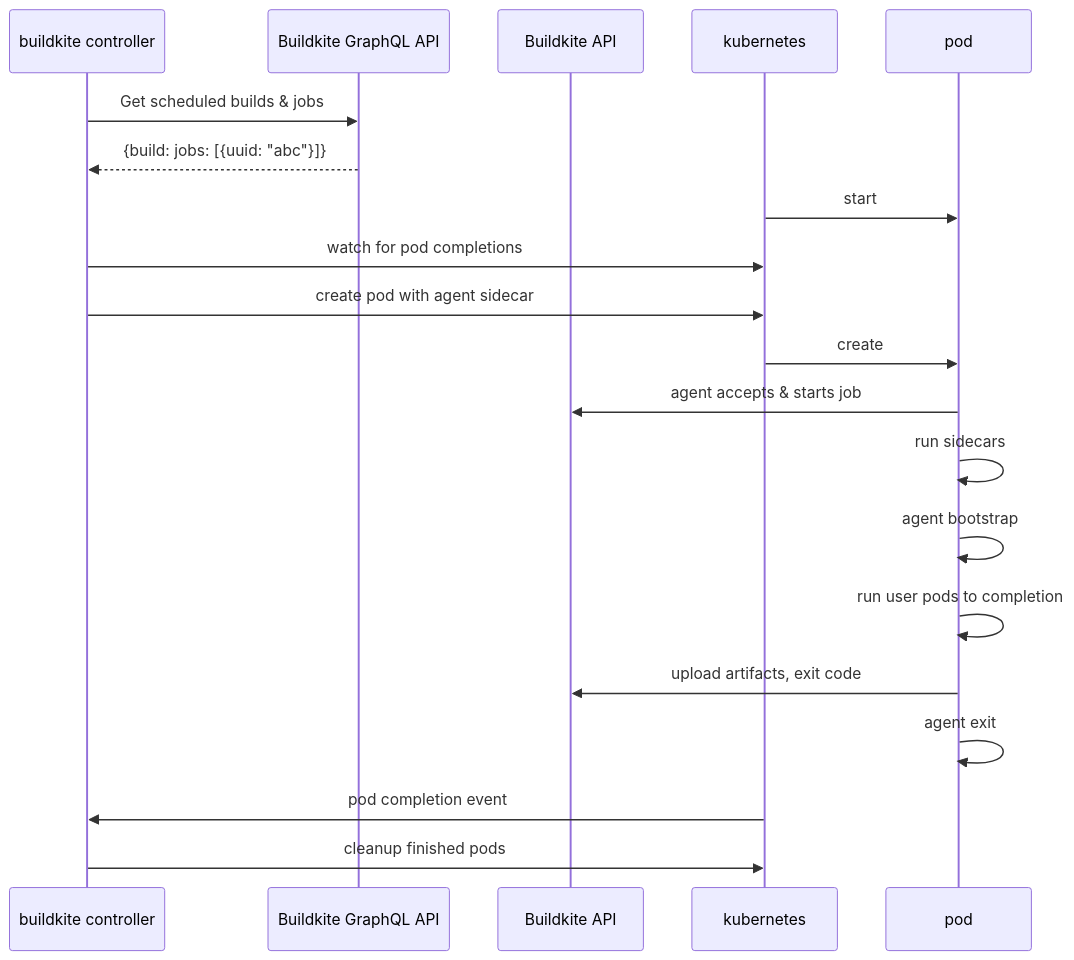
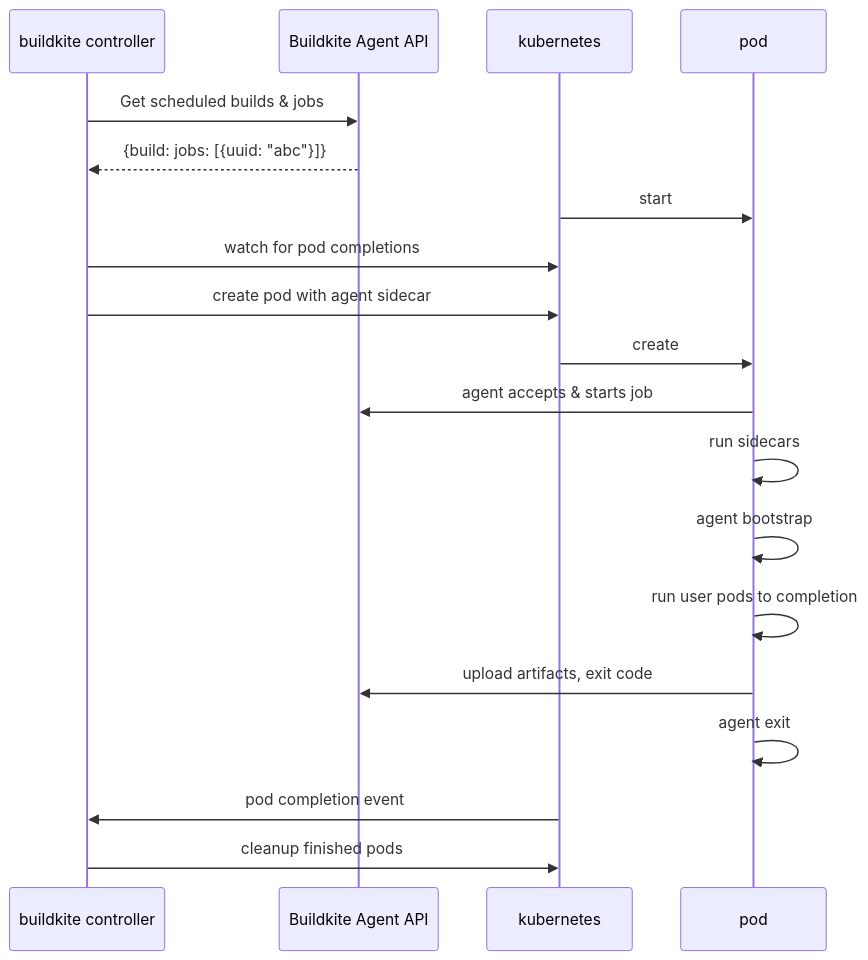
One commit to buildkite/agent-stack-k8s changed the diagram in docs/architecture.md. Above: the diagram before and after it, drawn with Mermaid. The commit also changed other lines of this file and 10 other files, not shown here.

Commit message:
Update docs for v0.28 GraphQL removal

````diff
--- a/docs/architecture.md
+++ b/docs/architecture.md
@@ -18,21 +18,20 @@
 ```mermaid
 sequenceDiagram
     participant bc as buildkite controller
-    participant gql as Buildkite GraphQL API
-    participant bapi as Buildkite API
+    participant aapi as Buildkite Agent API
     participant kubernetes
-    bc->>gql: Get scheduled builds & jobs
-    gql-->>bc: {build: jobs: [{uuid: "abc"}]}
+    bc->>aapi: Get scheduled builds & jobs
+    aapi-->>bc: {build: jobs: [{uuid: "abc"}]}
     kubernetes->>pod: start
     bc->>kubernetes: watch for pod completions
     bc->>kubernetes: create pod with agent sidecar
     kubernetes->>pod: create
-    pod->>bapi: agent accepts & starts job
+    pod->>aapi: agent accepts & starts job
     pod->>pod: run sidecars
     pod->>pod: agent bootstrap
     pod->>pod: run user pods to completion
-    pod->>bapi: upload artifacts, exit code
+    pod->>aapi: upload artifacts, exit code
     pod->>pod: agent exit
     kubernetes->>bc: pod completion event
     bc->>kubernetes: cleanup finished pods
 ```
````
